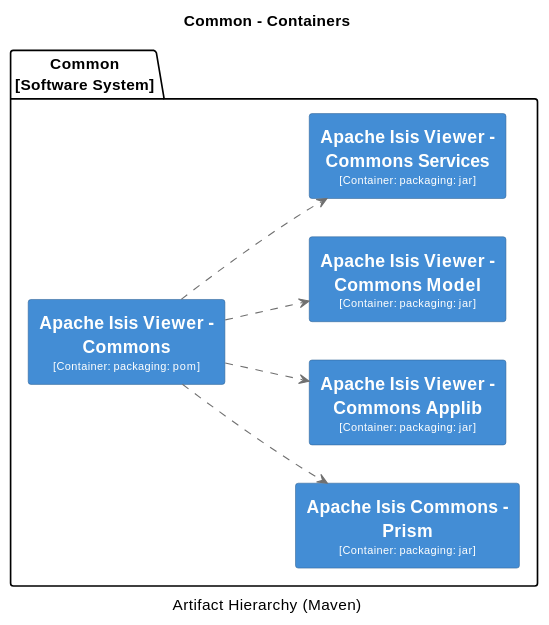
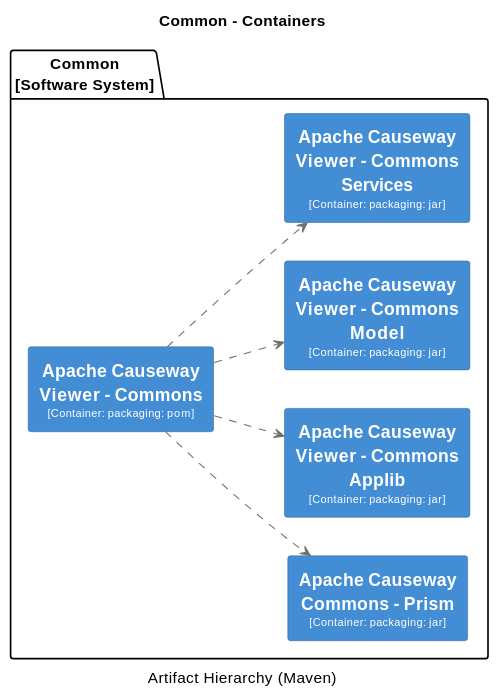
Diagram 15 of 32 in core/adoc/modules/_overview/pages/about.adoc (apache/causeway), drawn with PlantUML before and after one commit. The commit also changed other lines of this file and 398 other files, not shown here.

```diff
--- a/core/adoc/modules/_overview/pages/about.adoc
+++ b/core/adoc/modules/_overview/pages/about.adoc
@@ -2726,53 +2726,53 @@
 [plantuml,Common,svg]
 ----
 @startuml(id=Common)
 title Common - Containers
 caption Artifact Hierarchy (Maven)
 
 skinparam {
   shadowing false
   arrowFontSize 10
   defaultTextAlignment center
   wrapWidth 200
   maxMessageSize 100
 }
 hide stereotype
 left to right direction
 skinparam rectangle<<2>> {
   BackgroundColor #438dd5
   FontColor #fffffe
   BorderColor #2E6295
 }
 skinparam rectangle<<3>> {
   BackgroundColor #438dd5
   FontColor #fffffe
   BorderColor #2E6295
 }
 skinparam rectangle<<4>> {
   BackgroundColor #438dd5
   FontColor #fffffe
   BorderColor #2E6295
 }
 skinparam rectangle<<5>> {
   BackgroundColor #438dd5
   FontColor #fffffe
   BorderColor #2E6295
 }
 skinparam rectangle<<6>> {
   BackgroundColor #438dd5
   FontColor #fffffe
   BorderColor #2E6295
 }
 package "Common\n[Software System]" {
-  rectangle "==Apache Isis Commons - Prism\n<size:10>[Container: packaging: jar]</size>" <<5>> as 5
-  rectangle "==Apache Isis Viewer - Commons\n<size:10>[Container: packaging: pom]</size>" <<2>> as 2
-  rectangle "==Apache Isis Viewer - Commons Applib\n<size:10>[Container: packaging: jar]</size>" <<3>> as 3
-  rectangle "==Apache Isis Viewer - Commons Model\n<size:10>[Container: packaging: jar]</size>" <<4>> as 4
-  rectangle "==Apache Isis Viewer - Commons Services\n<size:10>[Container: packaging: jar]</size>" <<6>> as 6
+  rectangle "==Apache Causeway Commons - Prism\n<size:10>[Container: packaging: jar]</size>" <<5>> as 5
+  rectangle "==Apache Causeway Viewer - Commons\n<size:10>[Container: packaging: pom]</size>" <<2>> as 2
+  rectangle "==Apache Causeway Viewer - Commons Applib\n<size:10>[Container: packaging: jar]</size>" <<3>> as 3
+  rectangle "==Apache Causeway Viewer - Commons Model\n<size:10>[Container: packaging: jar]</size>" <<4>> as 4
+  rectangle "==Apache Causeway Viewer - Commons Services\n<size:10>[Container: packaging: jar]</size>" <<6>> as 6
 }
 2 .[#707070].> 5 : ""
 2 .[#707070].> 3 : ""
 2 .[#707070].> 4 : ""
 2 .[#707070].> 6 : ""
 @enduml
 ----
```
